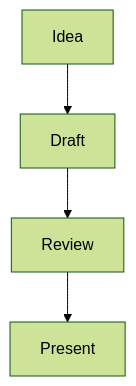
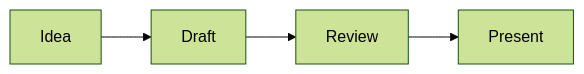
One commit to sonapraneeth-akula-dev/slides changed the diagram in code/public/feature-tour.md. Above: the diagram before and after it, drawn with Mermaid (forest theme). The commit also changed other lines of this file and 3 other files, not shown here.

First line of the commit message:
fix(oi-g6s/web): Keep Mermaid flows clear of slide footers

````diff
--- a/code/public/feature-tour.md
+++ b/code/public/feature-tour.md
@@ -198,6 +198,6 @@
 ```mermaid
-flowchart TD
+flowchart LR
   Idea --> Draft
   Draft --> Review
   Review --> Present
 ```
````
